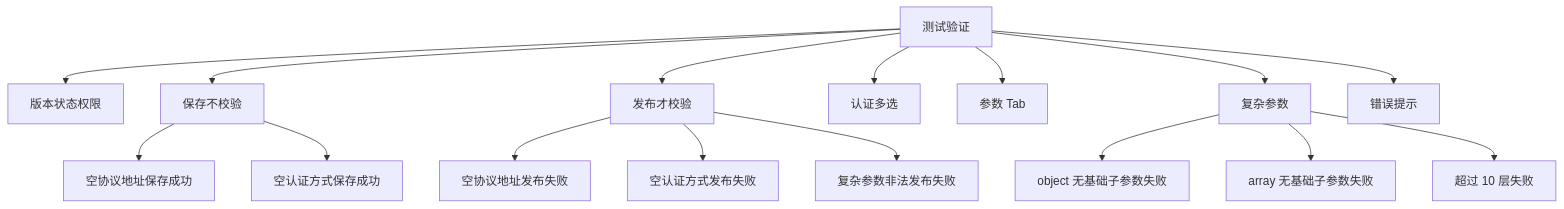
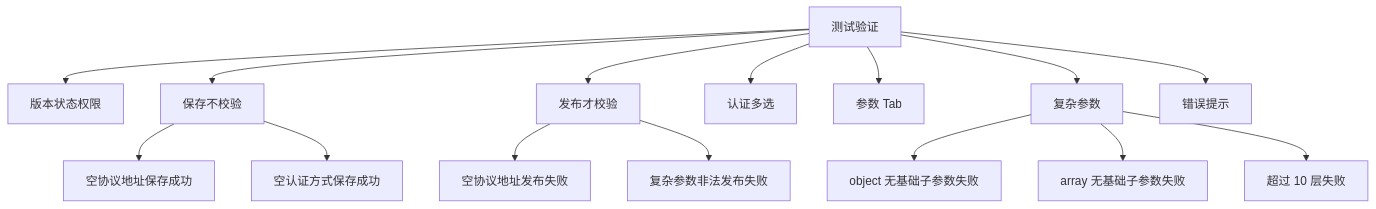
Before and after one commit to THZSummer/open-app: the second of 8 diagrams in front/doc/2026年6月文档/连接器配置需求设计说明书.md, drawn with Mermaid. The commit also changed other lines of this file and 6 other files, not shown here.

````diff
--- a/front/doc/2026年6月文档/连接器配置需求设计说明书.md
+++ b/front/doc/2026年6月文档/连接器配置需求设计说明书.md
@@ -221,21 +153,20 @@
 ```mermaid
 flowchart TD
     QA[测试验证] --> T1[版本状态权限]
     QA --> T2[保存不校验]
     QA --> T3[发布才校验]
     QA --> T4[认证多选]
     QA --> T5[参数 Tab]
     QA --> T6[复杂参数]
     QA --> T7[错误提示]
 
     T2 --> T21[空协议地址保存成功]
     T2 --> T22[空认证方式保存成功]
 
     T3 --> T31[空协议地址发布失败]
-    T3 --> T32[空认证方式发布失败]
     T3 --> T33[复杂参数非法发布失败]
 
     T6 --> T61[object 无基础子参数失败]
     T6 --> T62[array 无基础子参数失败]
     T6 --> T63[超过 10 层失败]
 ```
````
